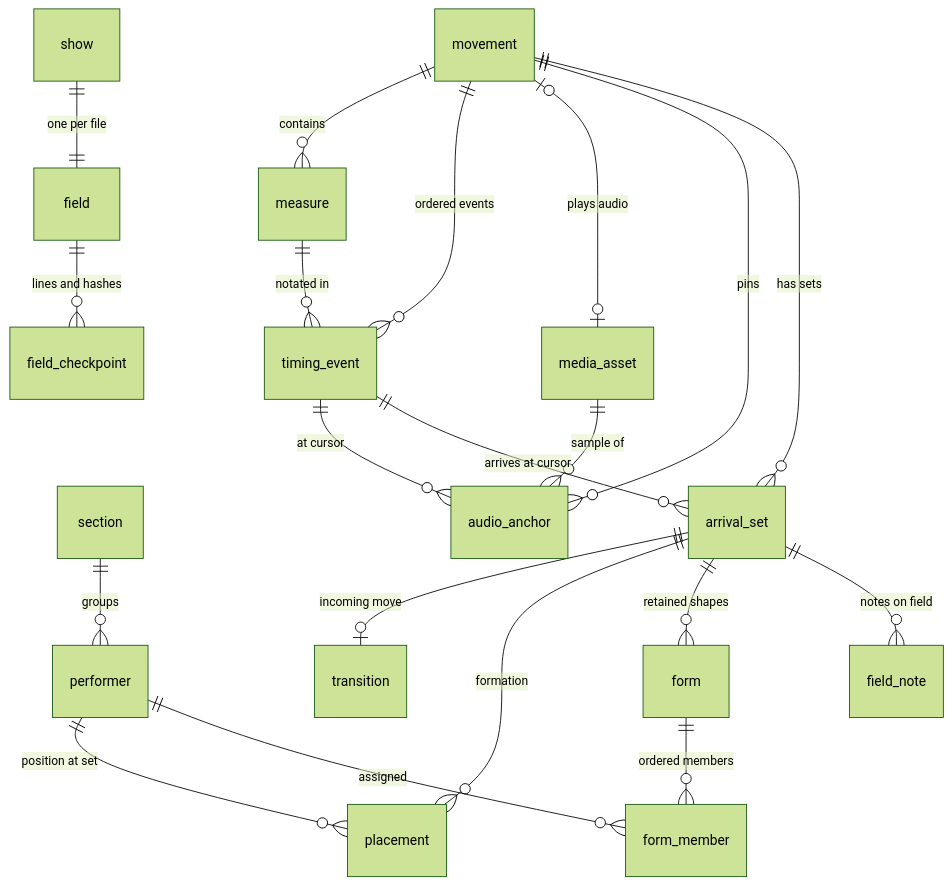
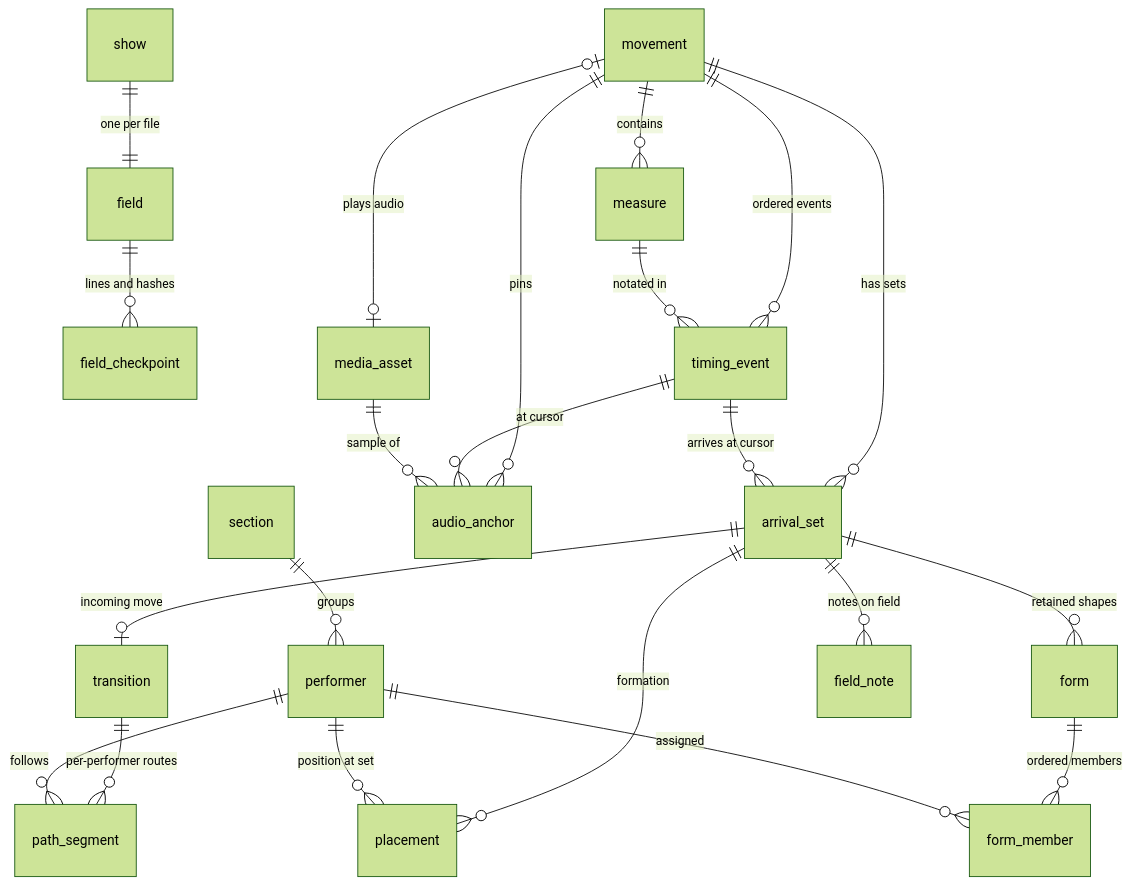
One commit to a-riceeater/fieldwork changed the diagram in docs/fieldwork-file-schema.md. Above: the diagram before and after it, drawn with Mermaid (forest theme). The commit also changed other lines of this file, not shown here.

Commit message:
docs(format): document schema 5 path segments, their semantics and invariants

````diff
--- a/docs/fieldwork-file-schema.md
+++ b/docs/fieldwork-file-schema.md
@@ -184,22 +184,24 @@
 ```mermaid
 erDiagram
     show ||--|| field : "one per file"
     field ||--o{ field_checkpoint : "lines and hashes"
     section ||--o{ performer : "groups"
     movement ||--o{ measure : "contains"
     movement ||--o{ timing_event : "ordered events"
     measure ||--o{ timing_event : "notated in"
     movement |o--o| media_asset : "plays audio"
     movement ||--o{ audio_anchor : "pins"
     timing_event ||--o{ audio_anchor : "at cursor"
     media_asset ||--o{ audio_anchor : "sample of"
     movement ||--o{ arrival_set : "has sets"
     timing_event ||--o{ arrival_set : "arrives at cursor"
     arrival_set ||--o| transition : "incoming move"
+    transition ||--o{ path_segment : "per-performer routes"
+    performer ||--o{ path_segment : "follows"
     arrival_set ||--o{ placement : "formation"
     performer ||--o{ placement : "position at set"
     arrival_set ||--o{ form : "retained shapes"
     form ||--o{ form_member : "ordered members"
     performer ||--o{ form_member : "assigned"
     arrival_set ||--o{ field_note : "notes on field"
 ```
````
